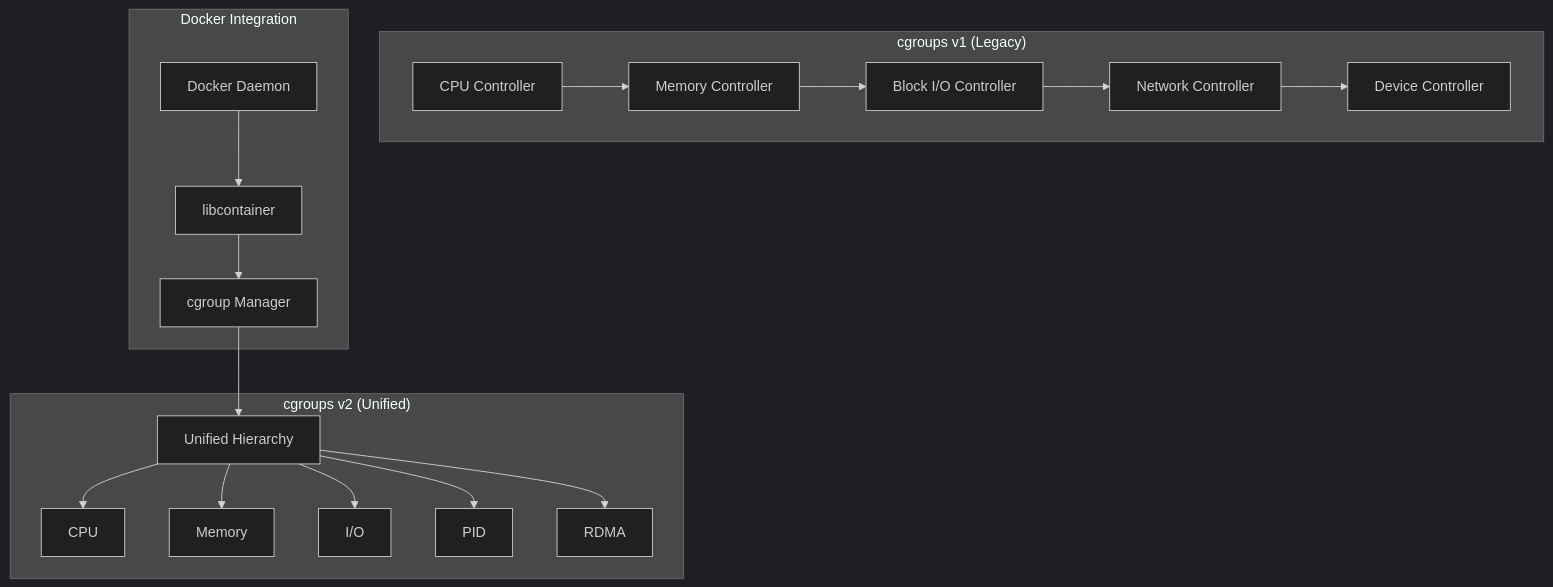
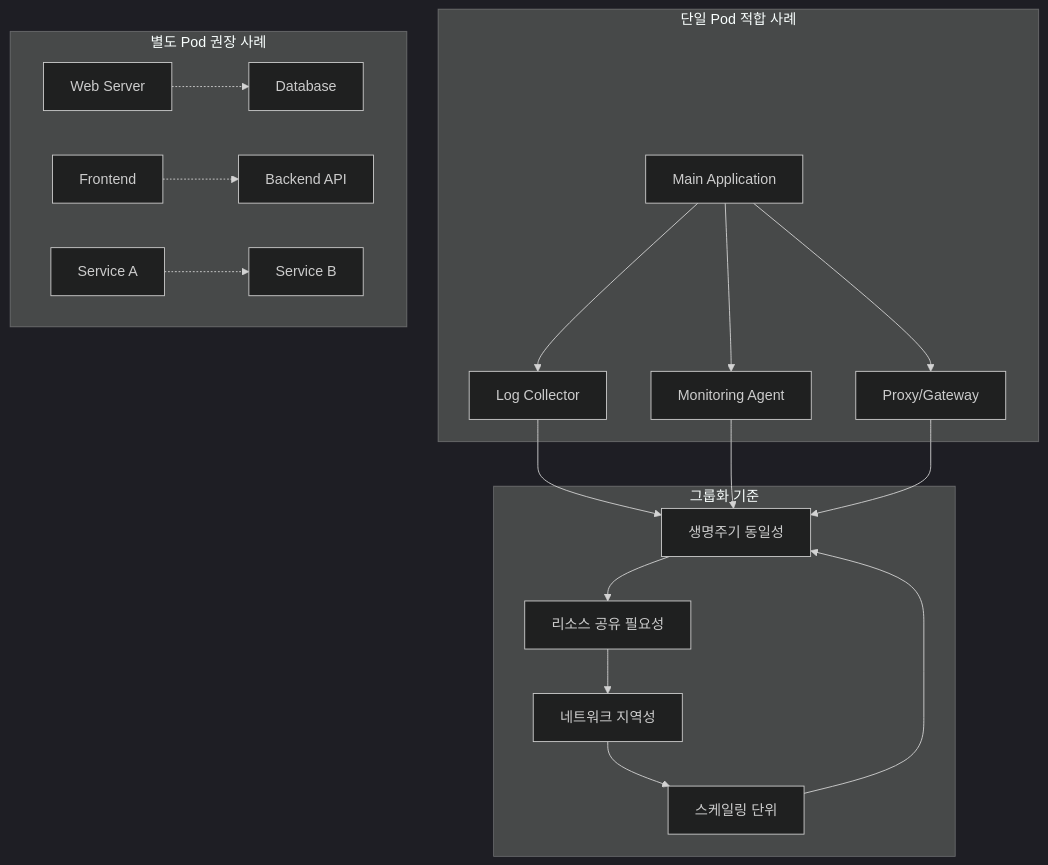
The second of 4 diagrams in week_02/day_02/session_01.md (niceguy61/kdt_devops_lecture_2025), drawn with Mermaid (dark theme) before and after one commit. The commit also changed other lines of this file and 38 other files, not shown here.

````diff
--- a/week_02/day_02/session_01.md
+++ b/week_02/day_02/session_01.md
@@ -15,23 +72,25 @@
 ```mermaid
 graph TB
-    subgraph "cgroups v1 (Legacy)"
-        A[CPU Controller] --> B[Memory Controller]
-        B --> C[Block I/O Controller]
-        C --> D[Network Controller]
-        D --> E[Device Controller]
+    subgraph "단일 Pod 적합 사례"
+        A[Main Application] --> B[Log Collector]
+        A --> C[Monitoring Agent]
+        A --> D[Proxy/Gateway]
     end
     
-    subgraph "cgroups v2 (Unified)"
-        F[Unified Hierarchy] --> G[CPU]
-        F --> H[Memory]
-        F --> I[I/O]
-        F --> J[PID]
-        F --> K[RDMA]
+    subgraph "별도 Pod 권장 사례"
+        E[Web Server] -.-> F[Database]
+        G[Frontend] -.-> H[Backend API]
+        I[Service A] -.-> J[Service B]
     end
     
-    subgraph "Docker Integration"
-        L[Docker Daemon] --> M[libcontainer]
-        M --> N[cgroup Manager]
-        N --> F
+    subgraph "그룹화 기준"
+        K[생명주기 동일성] --> L[리소스 공유 필요성]
+        L --> M[네트워크 지역성]
+        M --> N[스케일링 단위]
+        N --> K
     end
+    
+    B --> K
+    C --> K
+    D --> K
 ```
````
